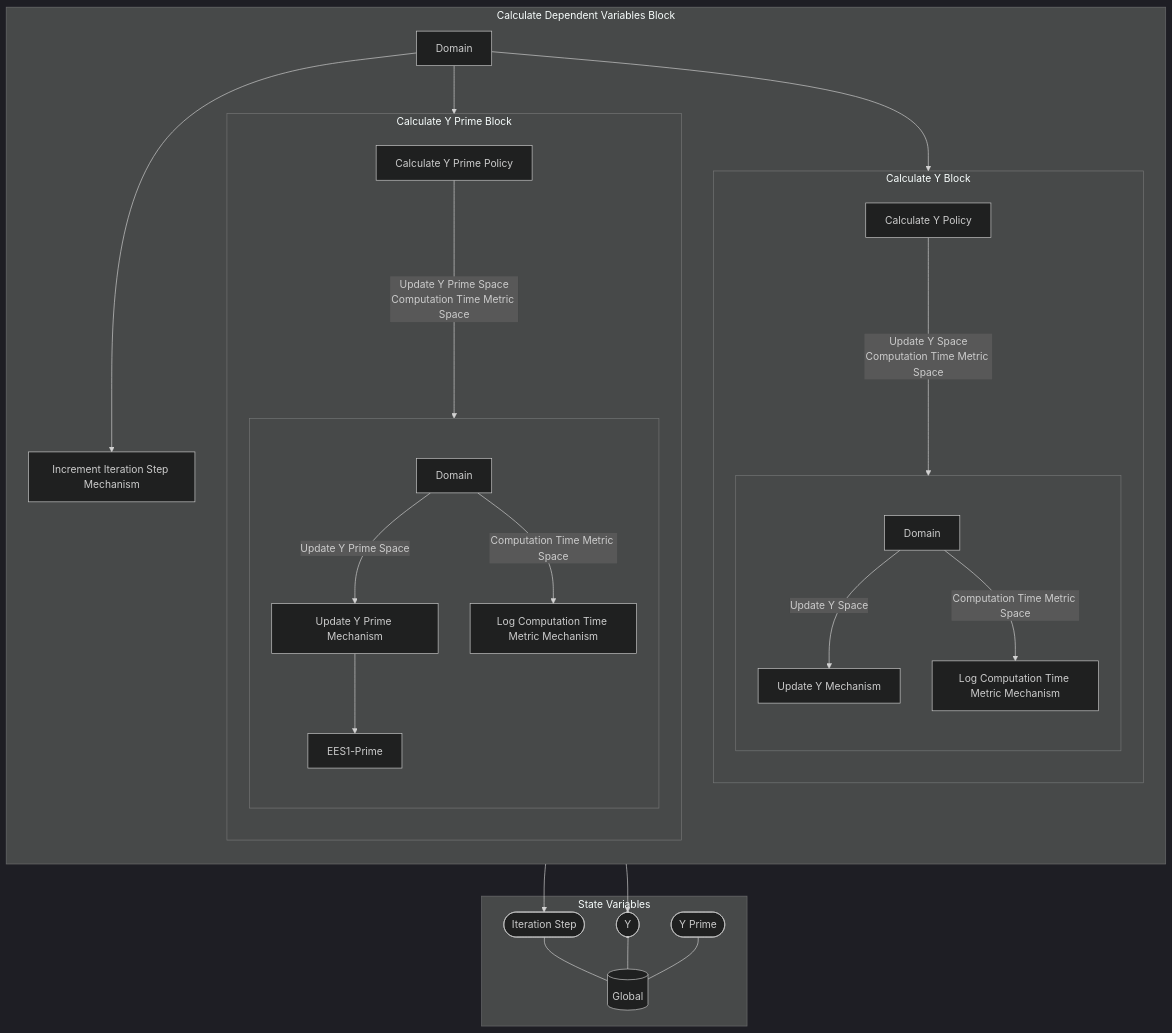
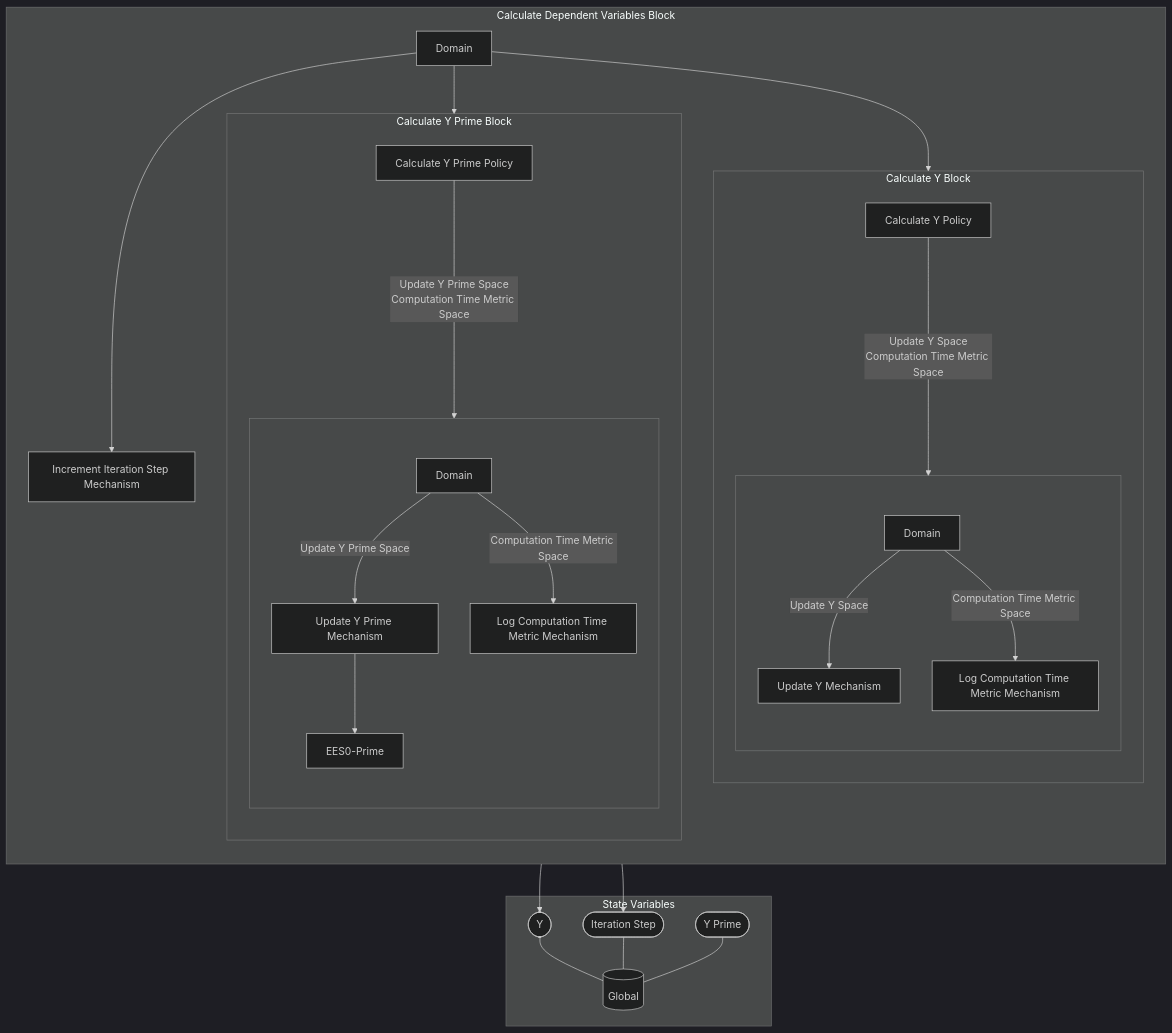
One commit to SeanMcOwen/Root-Finding-Simulation changed the diagram in MSML/reports/Markdown/Wiring/Calculate Dependent Variables Block.md. Above: the diagram before and after it, drawn with Mermaid (dark theme). The commit also changed other lines of this file and 10 other files, not shown here.

````diff
--- a/MSML/reports/Markdown/Wiring/Calculate Dependent Variables Block.md
+++ b/MSML/reports/Markdown/Wiring/Calculate Dependent Variables Block.md
@@ -3,62 +3,62 @@
 ```mermaid
 graph TB
 
 subgraph SVS["State Variables"]
 EE0[("Global")]
-EES0(["Iteration Step"])
+EES0(["Y"])
 EES0 --- EE0
-EES1(["Y"])
+EES1(["Iteration Step"])
 EES1 --- EE0
 EES2(["Y Prime"])
 EES2 --- EE0
 end
 
 subgraph X18["Calculate Dependent Variables Block"]
 direction TB
 subgraph X7["Calculate Y Block"]
 direction TB
 X1["Calculate Y Policy"]
 subgraph X6[" "]
 direction TB
 X2["Update Y Mechanism"]
-X2 --> EES1
+X2 --> EES0
 X3["Log Computation Time Metric Mechanism"]
 X4[Domain]
 
 direction LR
 direction TB
 X4 --"Update Y Space"--> X2
 X4 --"Computation Time Metric Space"--> X3
 end
 X1--"Update Y Space
 Computation Time Metric Space"---->X6
 end
 subgraph X14["Calculate Y Prime Block"]
 direction TB
 X8["Calculate Y Prime Policy"]
 subgraph X13[" "]
 direction TB
 X9["Update Y Prime Mechanism"]
-X9 --> EES1-Prime
+X9 --> EES0-Prime
 X10["Log Computation Time Metric Mechanism"]
 X11[Domain]
 
 direction LR
 direction TB
 X11 --"Update Y Prime Space"--> X9
 X11 --"Computation Time Metric Space"--> X10
 end
 X8--"Update Y Prime Space
 Computation Time Metric Space"---->X13
 end
 X15["Increment Iteration Step Mechanism"]
-X15 --> EES0
+X15 --> EES1
 X16[Domain]
 
 direction LR
 direction TB
 X16 --> X7
 X16 --> X14
 X16 --> X15
 end
 ```
````
